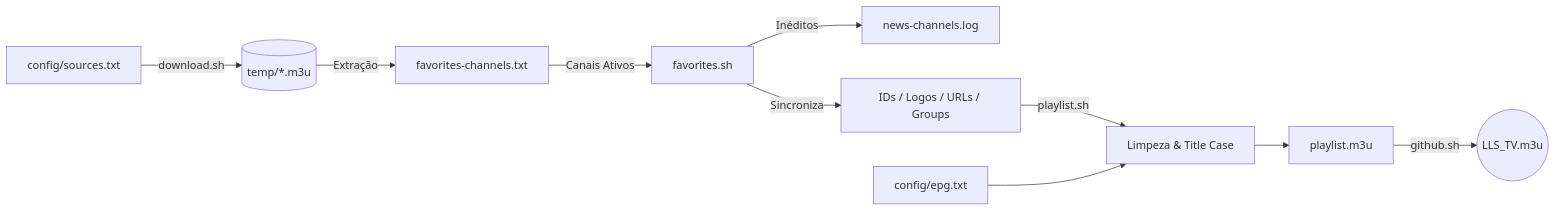
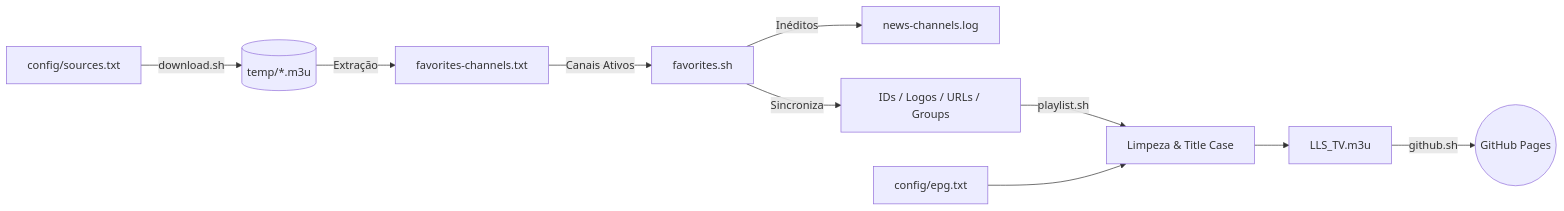
The diagram in iptv/README.md (lls-ws/lls-ws.github.io), drawn with Mermaid before and after one commit. The commit also changed other lines of this file, not shown here.

````diff
--- a/iptv/README.md
+++ b/iptv/README.md
@@ -34,12 +33,12 @@
 ```mermaid
 flowchart LR
     A[config/sources.txt] -->|download.sh| B[(temp/*.m3u)]
     B -->|Extração| C[favorites-channels.txt]
     C -->|Canais Ativos| D[favorites.sh]
     D -->|Inéditos| E[news-channels.log]
     D -->|Sincroniza| F[IDs / Logos / URLs / Groups]
     F -->|playlist.sh| G[Limpeza & Title Case]
     H[config/epg.txt] --> G
-    G --> I[playlist.m3u]
-    I -->|github.sh| J((LLS_TV.m3u))
+    G --> I[LLS_TV.m3u]
+    I -->|github.sh| J((GitHub Pages))
 ```
````
